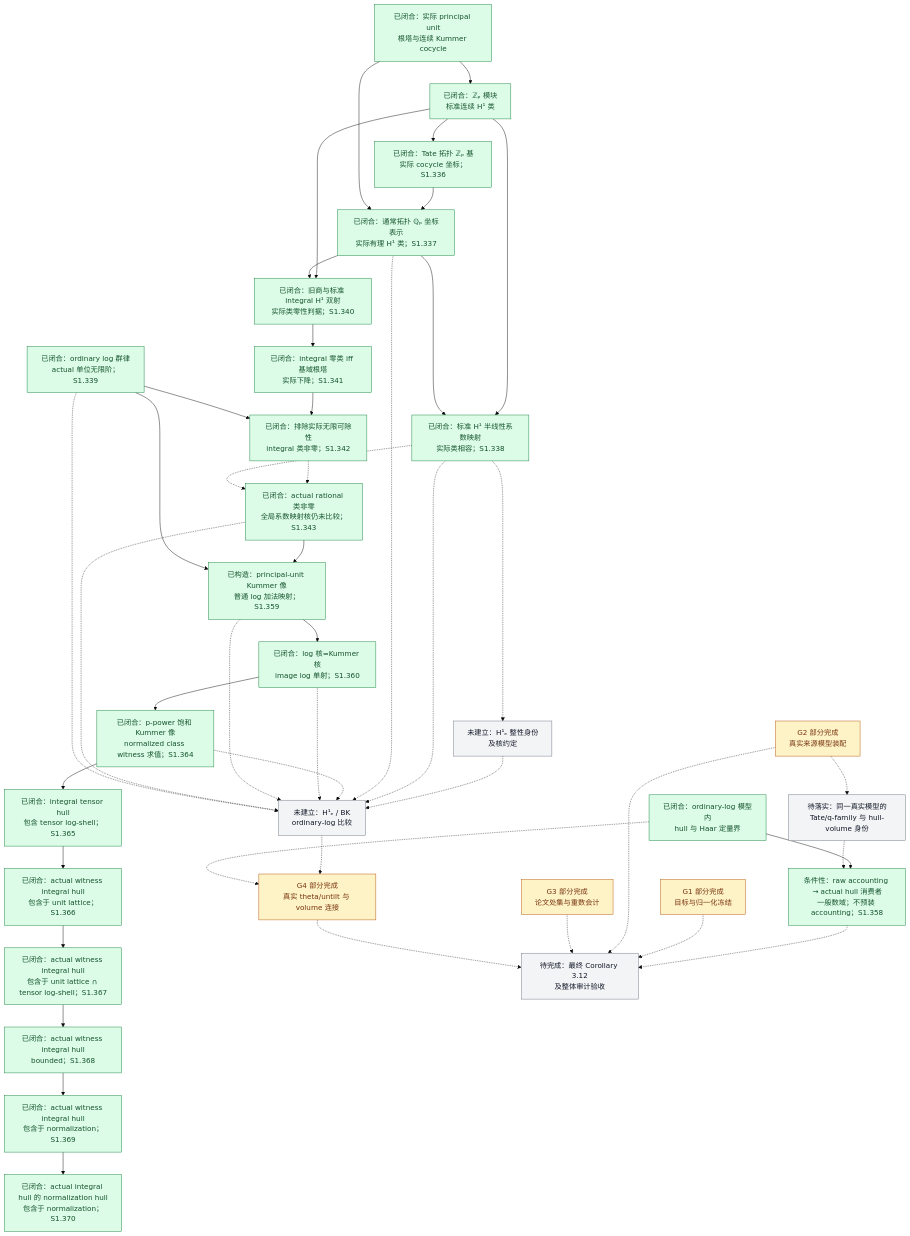
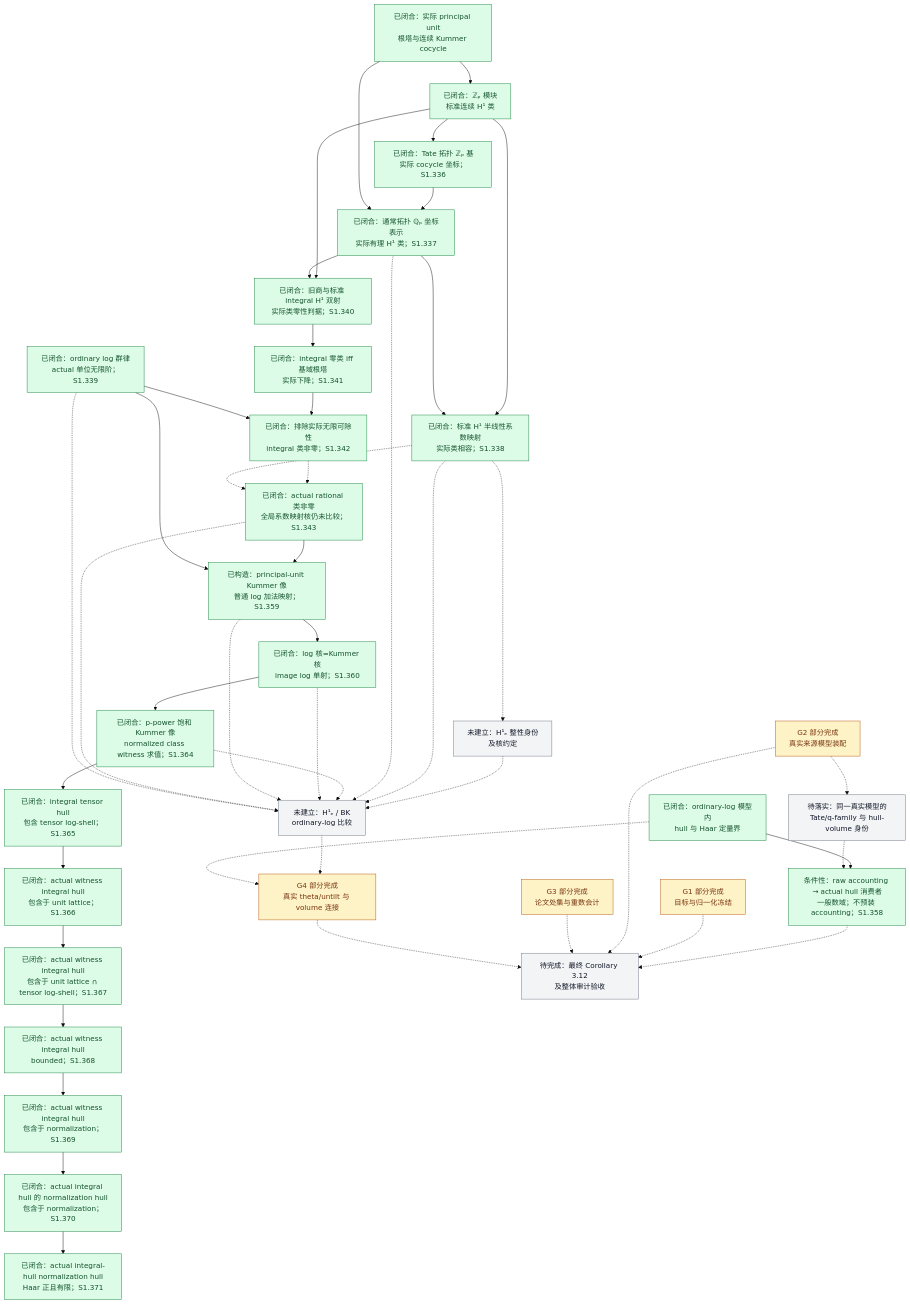
The diagram in docs/Scene1进度总览.md (Ember-Institute/KirtiJoshi-abc), drawn with Mermaid (base theme) before and after one commit. The commit also changed other lines of this file and 4 other files, not shown here.

Commit message:
Record S1.371 witness hull Haar bounds

```diff
--- a/docs/Scene1进度总览.md
+++ b/docs/Scene1进度总览.md
@@ -93,6 +93,7 @@
     TB["已闭合：actual witness integral hull<br/>bounded；S1.368"]
     TN["已闭合：actual witness integral hull<br/>包含于 normalization；S1.369"]
     TH["已闭合：actual integral hull 的 normalization hull<br/>包含于 normalization；S1.370"]
+    HV["已闭合：actual integral-hull normalization hull<br/>Haar 正且有限；S1.371"]
     B["未建立：H¹ₑ / BK<br/>ordinary-log 比较"]
     H["已闭合：ordinary-log 模型内<br/>hull 与 Haar 定量界"]
     L["已闭合：ordinary log 群律<br/>actual 单位无限阶；S1.339"]
@@ -132,6 +133,7 @@
     TI --> TB
     TB --> TN
     TN --> TH
+    TH --> HV
     KK -.-> B
     KL -.-> B
     NQ -.-> B
@@ -153,7 +155,7 @@
     class K,Z,T,Q,H,I,L,C0,R0,N0 done;
     class G1,G2,G3,V partial;
     class J,B,C,VH open;
-    class RH,KS,TS,TU,TI,TB,TN,TH done;
+    class RH,KS,TS,TU,TI,TB,TN,TH,HV done;
     class KK done;
     class KL done;
     class NQ done;
```
